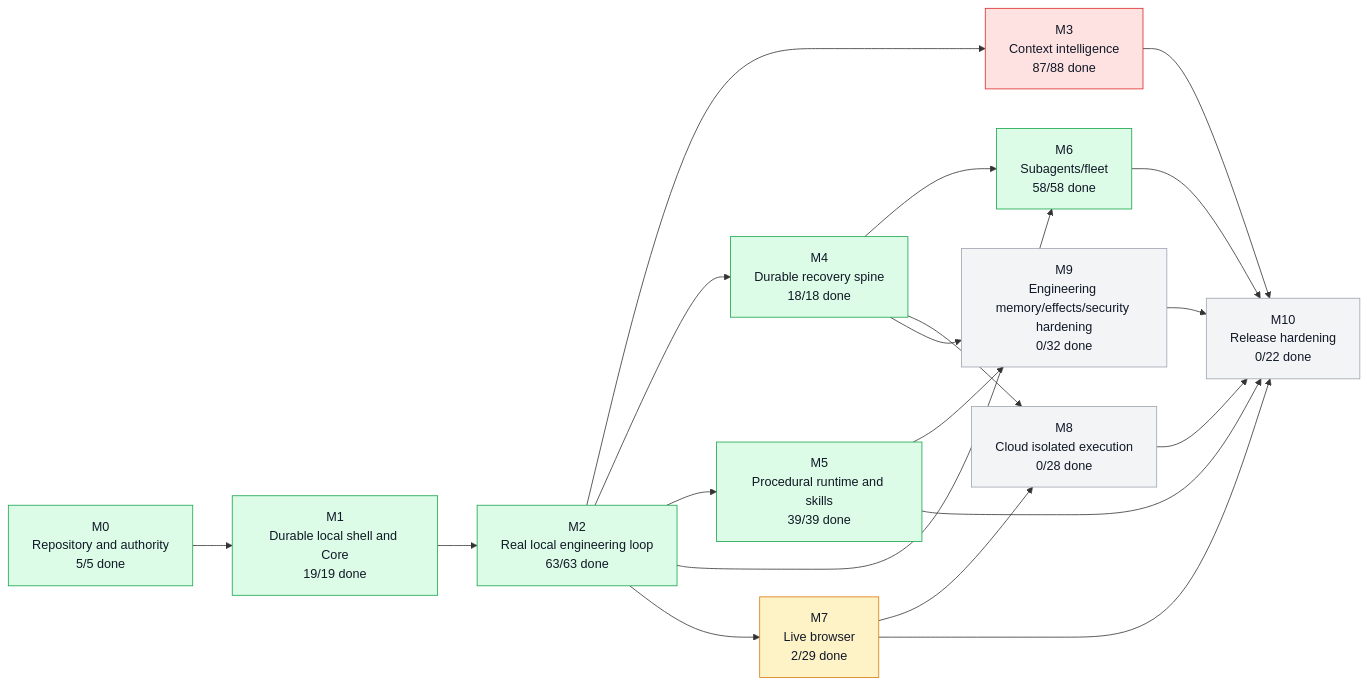
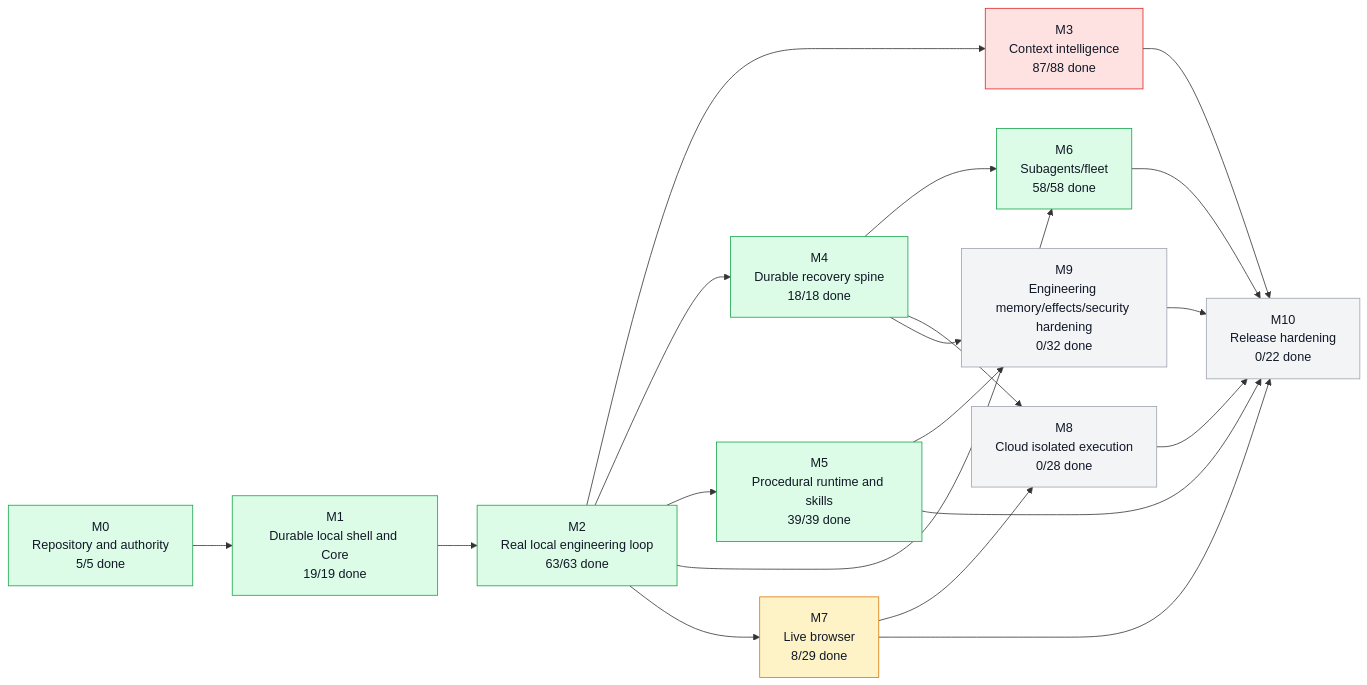
The first of 5 diagrams in graph/PROJECT_GRAPH.md (moss101/modbit), drawn with Mermaid before and after one commit. The commit also changed other lines of this file and 16 other files, not shown here.

````diff
--- a/graph/PROJECT_GRAPH.md
+++ b/graph/PROJECT_GRAPH.md
@@ -57,43 +57,43 @@
 ```mermaid
 flowchart LR
   M0["M0<br/>Repository and authority<br/>5/5 done"]
   M1["M1<br/>Durable local shell and Core<br/>19/19 done"]
   M2["M2<br/>Real local engineering loop<br/>63/63 done"]
   M3["M3<br/>Context intelligence<br/>87/88 done"]
   M4["M4<br/>Durable recovery spine<br/>18/18 done"]
   M5["M5<br/>Procedural runtime and skills<br/>39/39 done"]
   M6["M6<br/>Subagents/fleet<br/>58/58 done"]
-  M7["M7<br/>Live browser<br/>2/29 done"]
+  M7["M7<br/>Live browser<br/>8/29 done"]
   M8["M8<br/>Cloud isolated execution<br/>0/28 done"]
   M9["M9<br/>Engineering memory/effects/security hardening<br/>0/32 done"]
   M10["M10<br/>Release hardening<br/>0/22 done"]
   M0 --> M1
   M1 --> M2
   M2 --> M3
   M2 --> M4
   M2 --> M5
   M2 --> M6
   M4 --> M6
   M2 --> M7
   M4 --> M8
   M7 --> M8
   M4 --> M9
   M5 --> M9
   M3 --> M10
   M5 --> M10
   M6 --> M10
   M7 --> M10
   M8 --> M10
   M9 --> M10
   style M0 fill:#dcfce7,stroke:#16a34a,color:#111827
   style M1 fill:#dcfce7,stroke:#16a34a,color:#111827
   style M2 fill:#dcfce7,stroke:#16a34a,color:#111827
   style M3 fill:#fee2e2,stroke:#dc2626,color:#111827
   style M4 fill:#dcfce7,stroke:#16a34a,color:#111827
   style M5 fill:#dcfce7,stroke:#16a34a,color:#111827
   style M6 fill:#dcfce7,stroke:#16a34a,color:#111827
   style M7 fill:#fef3c7,stroke:#d97706,color:#111827
   style M8 fill:#f3f4f6,stroke:#9ca3af,color:#111827
   style M9 fill:#f3f4f6,stroke:#9ca3af,color:#111827
   style M10 fill:#f3f4f6,stroke:#9ca3af,color:#111827
 ```
````
